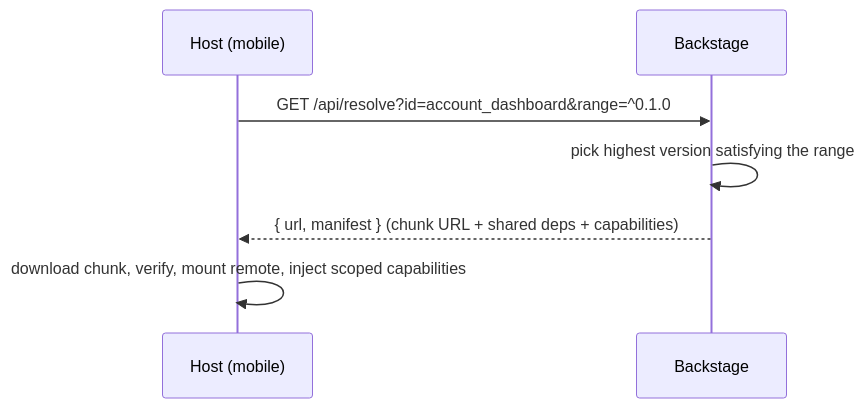
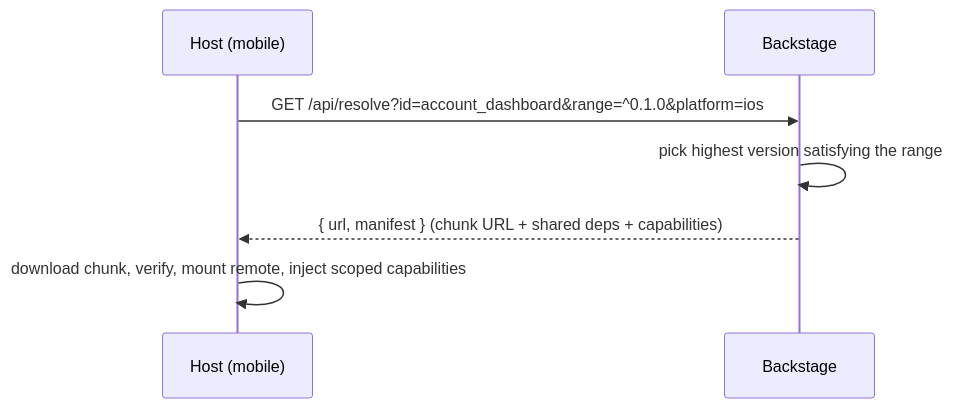
The second of 2 diagrams in README.md (DentVega/backstage-web), drawn with Mermaid before and after one commit. The commit also changed other lines of this file and 6 other files, not shown here.

````diff
--- a/README.md
+++ b/README.md
@@ -66,9 +66,9 @@
 ```mermaid
 sequenceDiagram
     participant Host as Host (mobile)
     participant BS as Backstage
-    Host->>BS: GET /api/resolve?id=account_dashboard&range=^0.1.0
+    Host->>BS: GET /api/resolve?id=account_dashboard&range=^0.1.0&platform=ios
     BS->>BS: pick highest version satisfying the range
     BS-->>Host: { url, manifest } (chunk URL + shared deps + capabilities)
     Host->>Host: download chunk, verify, mount remote, inject scoped capabilities
 ```
````
